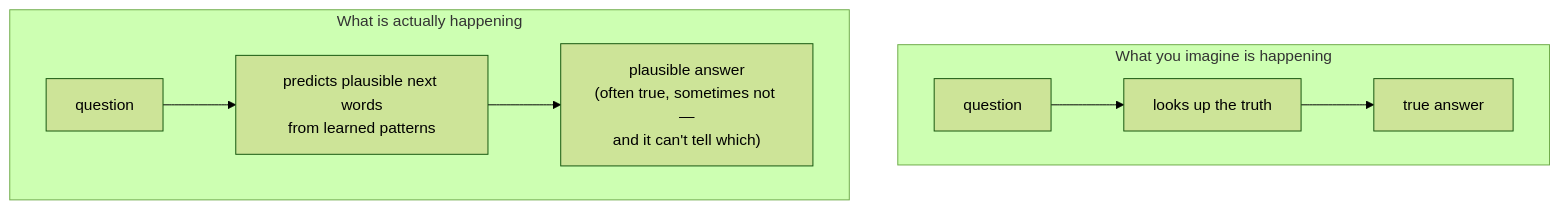
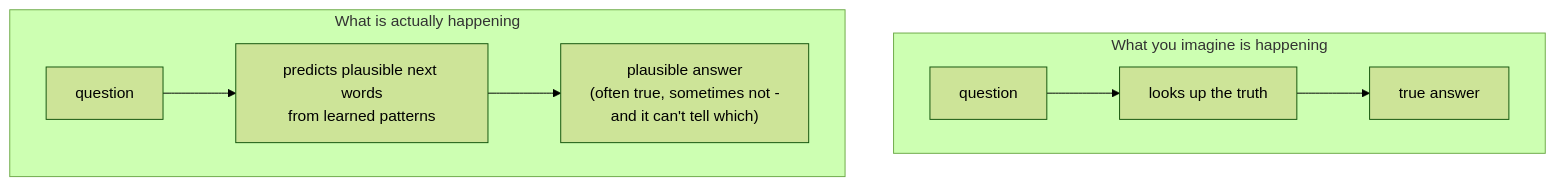
The diagram in guides/ai-ml/what-ai-and-ml-are/03-what-ai-is-and-isnt.md (Topurrra/themissingmanual), drawn with Mermaid (forest theme) before and after one commit. The commit also changed other lines of this file and 1009 other files, not shown here.

````diff
--- a/guides/ai-ml/what-ai-and-ml-are/03-what-ai-is-and-isnt.md
+++ b/guides/ai-ml/what-ai-and-ml-are/03-what-ai-is-and-isnt.md
@@ -50,9 +50,9 @@
 ```mermaid
 flowchart TD
   subgraph Imagine["What you imagine is happening"]
     Q1[question] --> LU[looks up the truth] --> TA[true answer]
   end
   subgraph Actual["What is actually happening"]
-    Q2[question] --> PR[predicts plausible next words<br/>from learned patterns] --> PA["plausible answer<br/>(often true, sometimes not —<br/>and it can't tell which)"]
+    Q2[question] --> PR[predicts plausible next words<br/>from learned patterns] --> PA["plausible answer<br/>(often true, sometimes not - <br/>and it can't tell which)"]
   end
 ```
````
